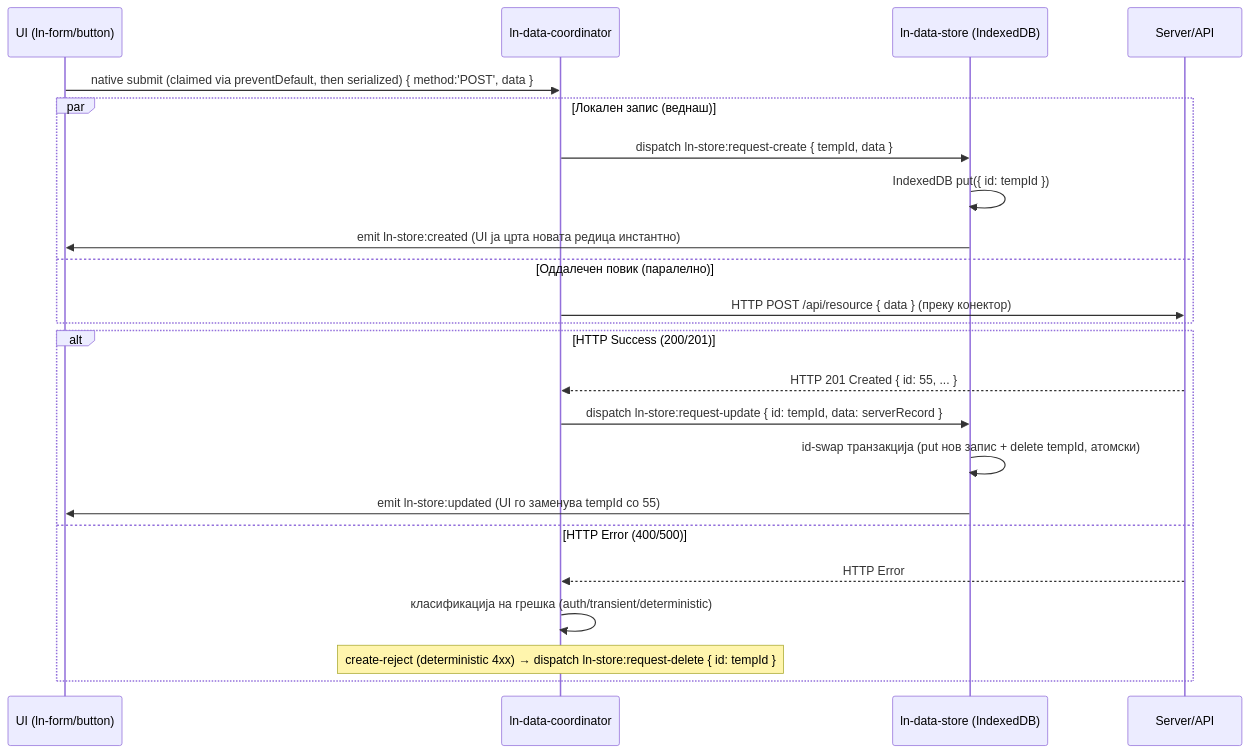
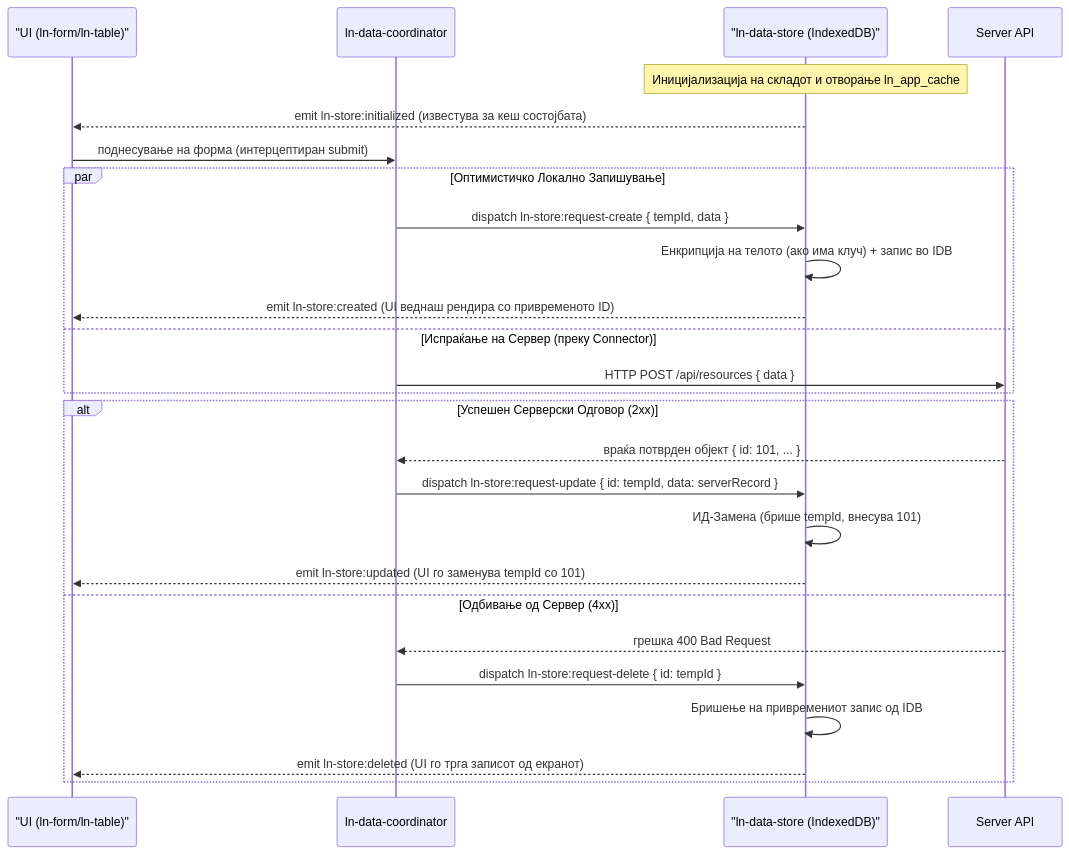
The diagram in architecture_docs_draft/components/ln-data-store.md (livenetworks/ln-ashlar), drawn with Mermaid before and after one commit. The commit also changed other lines of this file and 2 other files, not shown here.

Commit message:
docs: update ln-data-store documentation (README, Macedonian draft, and MCP component doc)

````diff
--- a/architecture_docs_draft/components/ln-data-store.md
+++ b/architecture_docs_draft/components/ln-data-store.md
@@ -98,27 +119,31 @@
 ```mermaid
 sequenceDiagram
-    participant UI as UI (ln-form/button)
+    participant UI as "UI (ln-form/ln-table)"
     participant Coord as ln-data-coordinator
-    participant Store as ln-data-store (IndexedDB)
-    participant Server as Server/API
+    participant Store as "ln-data-store (IndexedDB)"
+    participant Server as Server API
 
-    UI->>Coord: native submit (claimed via preventDefault, then serialized) { method:'POST', data }
-    par Локален запис (веднаш)
+    Note over Store: Иницијализација на складот и отворање ln_app_cache
+    Store-->>UI: emit ln-store:initialized (известува за кеш состојбата)
+
+    UI->>Coord: поднесување на форма (интерцептиран submit)
+    par Оптимистичко Локално Запишување
         Coord->>Store: dispatch ln-store:request-create { tempId, data }
-        Store->>Store: IndexedDB put({ id: tempId })
-        Store->>UI: emit ln-store:created (UI ја црта новата редица инстантно)
-    and Оддалечен повик (паралелно)
-        Coord->>Server: HTTP POST /api/resource { data } (преку конектор)
+        Store->>Store: Енкрипција на телото (ако има клуч) + запис во IDB
+        Store-->>UI: emit ln-store:created (UI веднаш рендира со привременото ID)
+    and Испраќање на Сервер (преку Connector)
+        Coord->>Server: HTTP POST /api/resources { data }
     end
 
-    alt HTTP Success (200/201)
-        Server-->>Coord: HTTP 201 Created { id: 55, ... }
+    alt Успешен Серверски Одговор (2xx)
+        Server-->>Coord: враќа потврден објект { id: 101, ... }
         Coord->>Store: dispatch ln-store:request-update { id: tempId, data: serverRecord }
-        Store->>Store: id-swap транзакција (put нов запис + delete tempId, атомски)
-        Store->>UI: emit ln-store:updated (UI го заменува tempId со 55)
-    else HTTP Error (400/500)
-        Server-->>Coord: HTTP Error
-        Coord->>Coord: класификација на грешка (auth/transient/deterministic)
-        Note over Coord: create-reject (deterministic 4xx) → dispatch ln-store:request-delete { id: tempId }
+        Store->>Store: ИД-Замена (брише tempId, внесува 101)
+        Store-->>UI: emit ln-store:updated (UI го заменува tempId со 101)
+    else Одбивање од Сервер (4xx)
+        Server-->>Coord: грешка 400 Bad Request
+        Coord->>Store: dispatch ln-store:request-delete { id: tempId }
+        Store->>Store: Бришење на привремениот запис од IDB
+        Store-->>UI: emit ln-store:deleted (UI го трга записот од екранот)
     end
 ```
````
